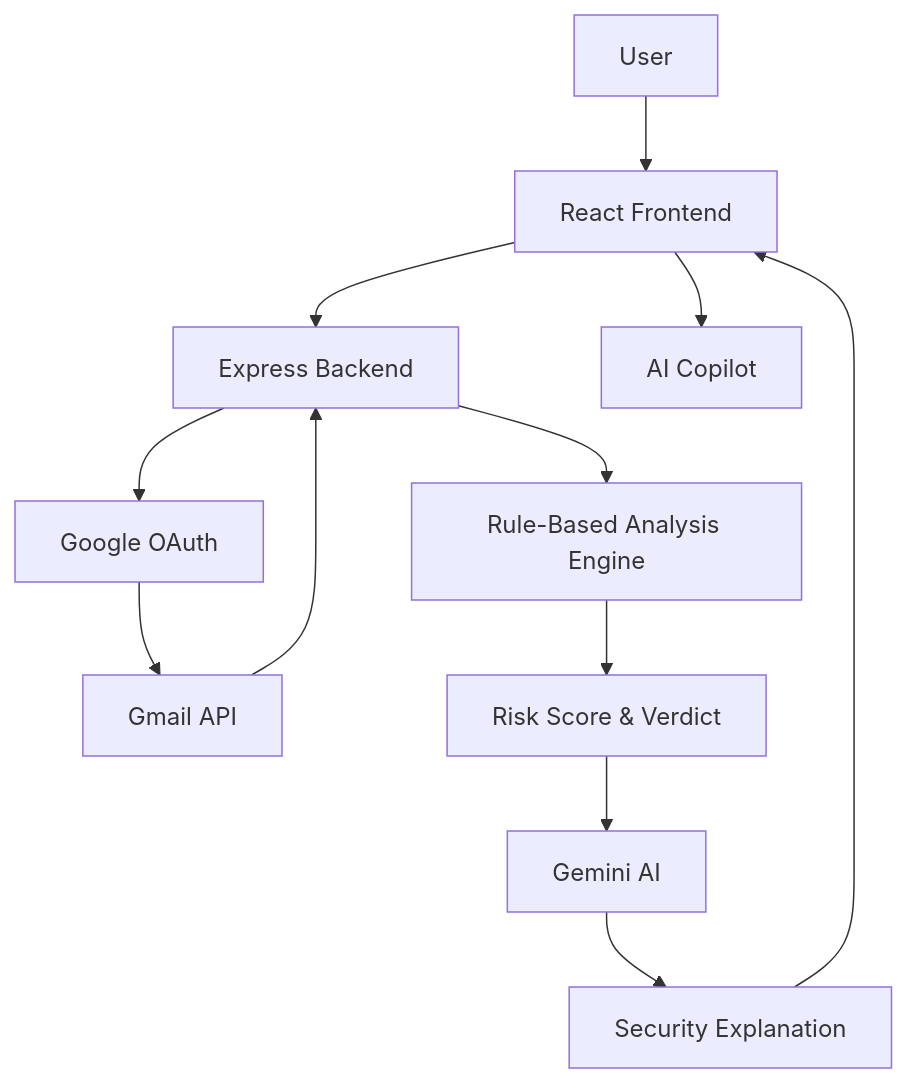
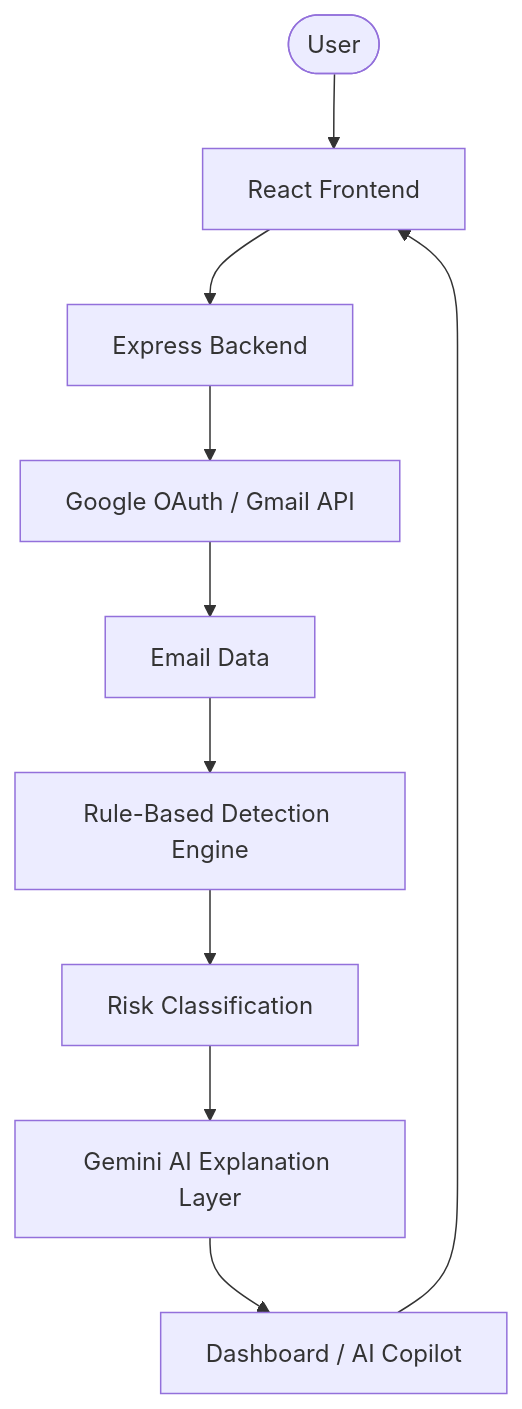
One commit to Uzzu3002/phishguard-ai changed the diagram in README.md. Above: the diagram before and after it, drawn with Mermaid. The commit also changed other lines of this file and 2 other files, not shown here.

````diff
--- a/README.md
+++ b/README.md
@@ -43,14 +46,17 @@
 ```mermaid
 flowchart TD
-    A[User] --> B[React Frontend]
-    B --> C[Express Backend]
-    C --> D[Google OAuth]
-    D --> E[Gmail API]
-    E --> C
-    C --> F[Rule-Based Analysis Engine]
-    F --> G[Risk Score & Verdict]
-    G --> H[Gemini AI]
-    H --> I[Security Explanation]
-    I --> B
-    B --> J[AI Copilot]
+    User([User])
+    User --> ReactFrontend[React Frontend]
+    ReactFrontend --> ExpressBackend[Express Backend]
+    
+    ExpressBackend --> GoogleOAuth[Google OAuth / Gmail API]
+    GoogleOAuth --> EmailData[Email Data]
+    
+    EmailData --> RuleBasedEngine[Rule-Based Detection Engine]
+    RuleBasedEngine --> RiskClassification[Risk Classification]
+    
+    RiskClassification --> GeminiAILayer[Gemini AI Explanation Layer]
+    
+    GeminiAILayer --> DashboardCopilot[Dashboard / AI Copilot]
+    DashboardCopilot --> ReactFrontend
 ```
````
